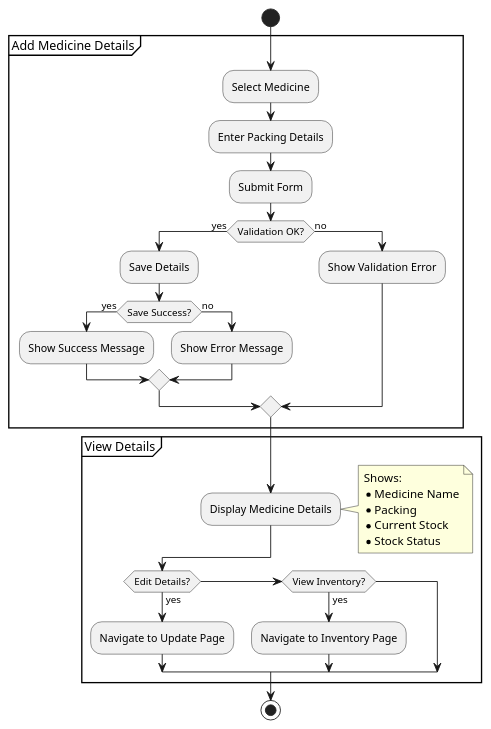
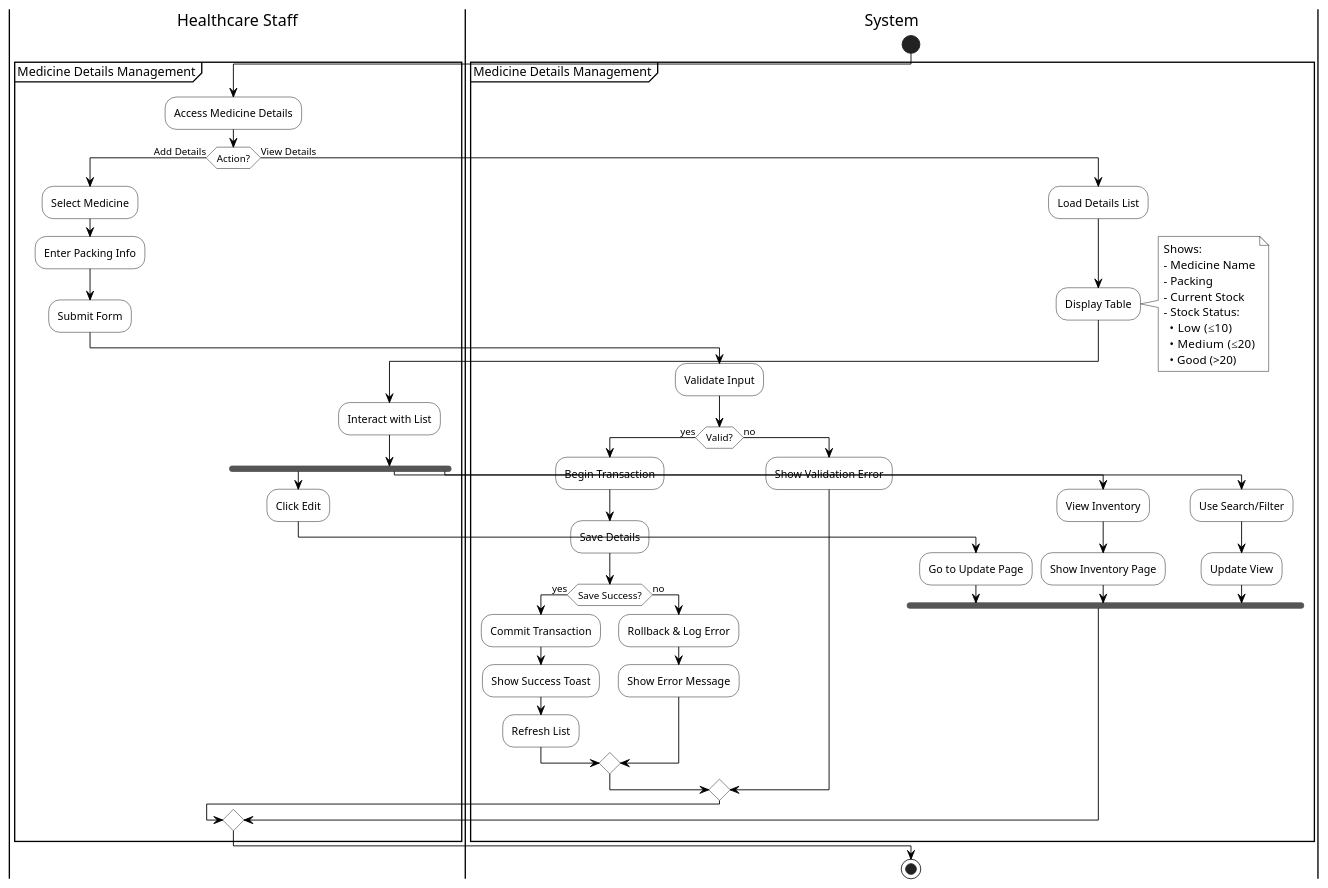
The diagram in dist/diagrams/Activity_Diagrams/medicine_details.activity.puml (KuroKage-001/Mamatid_MedClinic), drawn with PlantUML before and after one commit. The commit also changed 17 other files, not shown here.

```diff
--- a/dist/diagrams/Activity_Diagrams/medicine_details.activity.puml
+++ b/dist/diagrams/Activity_Diagrams/medicine_details.activity.puml
@@ -1,41 +1,79 @@
 @startuml Medicine Details Activity
+skinparam monochrome true
+skinparam shadowing false
+skinparam ActivityBackgroundColor white
+skinparam ActivityBorderColor black
+skinparam ArrowColor black
+skinparam NoteBackgroundColor white
+skinparam NoteBorderColor black
+
+|Healthcare Staff|
+|System|
 
 start
 
-partition "Add Medicine Details" {
-  :Select Medicine;
-  :Enter Packing Details;
-  :Submit Form;
+partition "Medicine Details Management" {
+  |Healthcare Staff|
+  :Access Medicine Details;
   
-  if (Validation OK?) then (yes)
-    :Save Details;
-    if (Save Success?) then (yes)
-      :Show Success Message;
+  if (Action?) then (Add Details)
+    :Select Medicine;
+    :Enter Packing Info;
+    :Submit Form;
+    
+    |System|
+    :Validate Input;
+    
+    if (Valid?) then (yes)
+      :Begin Transaction;
+      :Save Details;
+      
+      if (Save Success?) then (yes)
+        :Commit Transaction;
+        :Show Success Toast;
+        :Refresh List;
+      else (no)
+        :Rollback & Log Error;
+        :Show Error Message;
+      endif
     else (no)
-      :Show Error Message;
+      :Show Validation Error;
     endif
-  else (no)
-    :Show Validation Error;
-  endif
-}
-
-partition "View Details" {
-  :Display Medicine Details;
-  note right
-    Shows:
-    * Medicine Name
-    * Packing
-    * Current Stock
-    * Stock Status
-  end note
-  
-  if (Edit Details?) then (yes)
-    :Navigate to Update Page;
-  elseif (View Inventory?) then (yes)
-    :Navigate to Inventory Page;
+    
+  else (View Details)
+    |System|
+    :Load Details List;
+    :Display Table;
+    note right
+      Shows:
+      - Medicine Name
+      - Packing
+      - Current Stock
+      - Stock Status:
+        • Low (≤10)
+        • Medium (≤20)
+        • Good (>20)
+    end note
+    
+    |Healthcare Staff|
+    :Interact with List;
+    
+    fork
+      :Click Edit;
+      |System|
+      :Go to Update Page;
+    fork again
+      :View Inventory;
+      |System|
+      :Show Inventory Page;
+    fork again
+      :Use Search/Filter;
+      |System|
+      :Update View;
+    end fork
   endif
 }
 
 stop
 
 @enduml 
```
